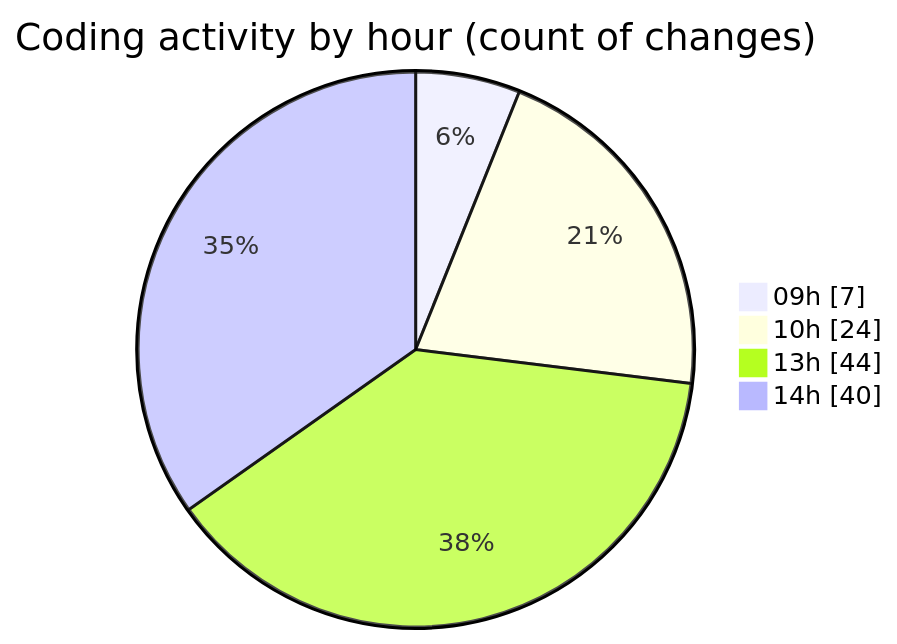
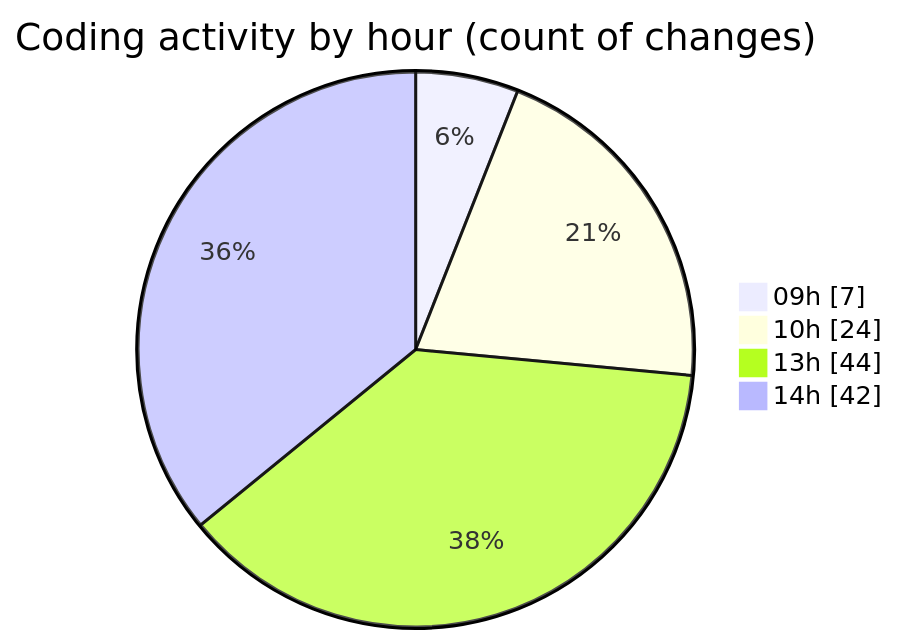
The second of 2 diagrams in 2025-04-10/cda/README.md (momahboobian/code-tracking), drawn with Mermaid before and after one commit. The commit also changed other lines of this file and 1 other file, not shown here.

````diff
--- a/2025-04-10/cda/README.md
+++ b/2025-04-10/cda/README.md
@@ -33,8 +33,8 @@
 ```mermaid
 pie showData
 title Coding activity by hour (count of changes)
 "09h" : 7
 "10h" : 24
 "13h" : 44
-"14h" : 40
+"14h" : 42
 ```
````
